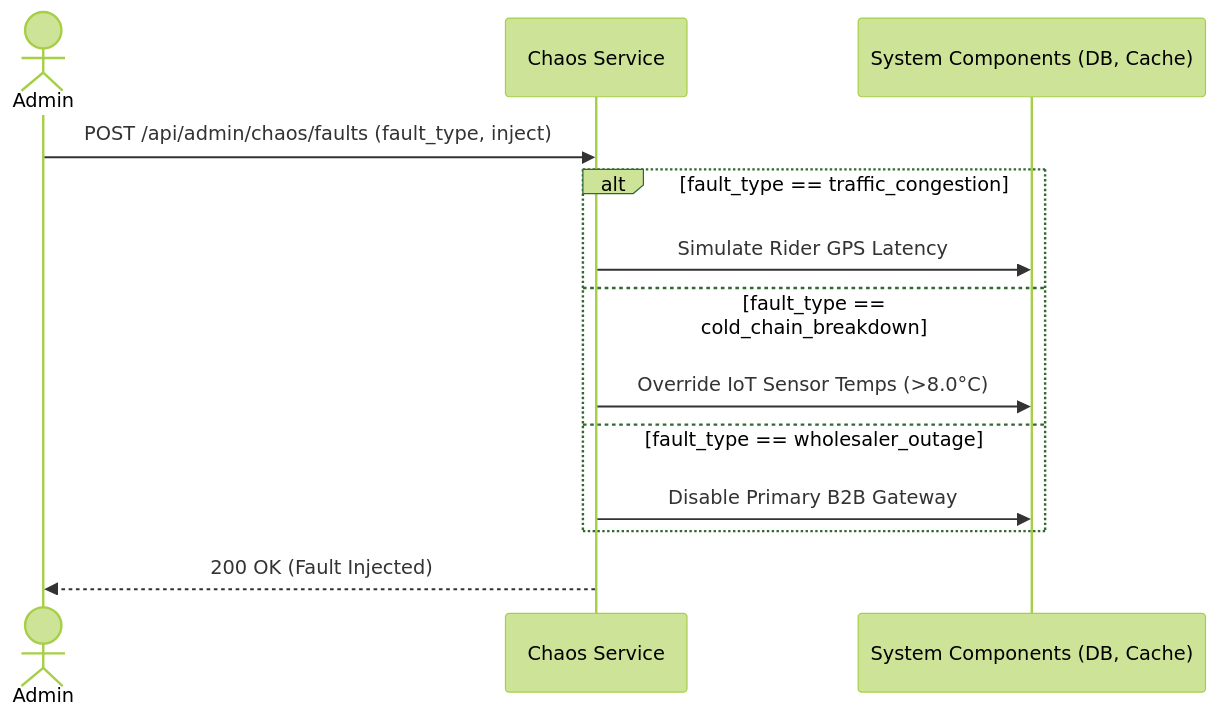
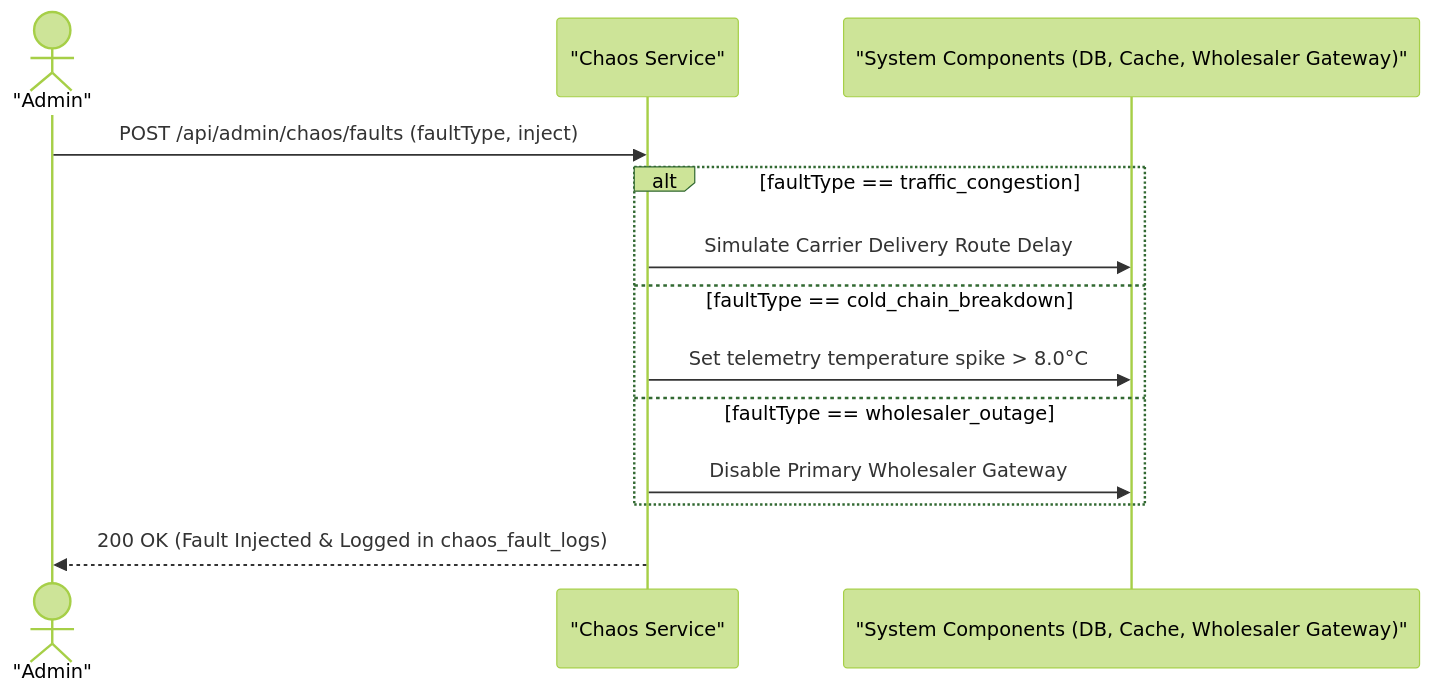
Before and after one commit to Muneeb7860/Swish_App: diagram 13 of 13 in low_level_design.md, drawn with Mermaid (forest theme). The commit also changed other lines of this file and 25 other files, not shown here.

````diff
--- a/low_level_design.md
+++ b/low_level_design.md
@@ -329,18 +807,18 @@
 ```mermaid
 sequenceDiagram
-    actor Admin
-    participant ChaosSrv as Chaos Service
-    participant Sys as System Components (DB, Cache)
+    actor Admin as "Admin"
+    participant ChaosSrv as "Chaos Service"
+    participant Sys as "System Components (DB, Cache, Wholesaler Gateway)"
     
-    Admin->>ChaosSrv: POST /api/admin/chaos/faults (fault_type, inject)
+    Admin->>ChaosSrv: POST /api/admin/chaos/faults (faultType, inject)
     
-    alt fault_type == traffic_congestion
-        ChaosSrv->>Sys: Simulate Rider GPS Latency
-    else fault_type == cold_chain_breakdown
-        ChaosSrv->>Sys: Override IoT Sensor Temps (>8.0°C)
-    else fault_type == wholesaler_outage
-        ChaosSrv->>Sys: Disable Primary B2B Gateway
+    alt faultType == traffic_congestion
+        ChaosSrv->>Sys: Simulate Carrier Delivery Route Delay
+    else faultType == cold_chain_breakdown
+        ChaosSrv->>Sys: Set telemetry temperature spike > 8.0°C
+    else faultType == wholesaler_outage
+        ChaosSrv->>Sys: Disable Primary Wholesaler Gateway
     end
     
-    ChaosSrv-->>Admin: 200 OK (Fault Injected)
+    ChaosSrv-->>Admin: 200 OK (Fault Injected & Logged in chaos_fault_logs)
 ```
````
